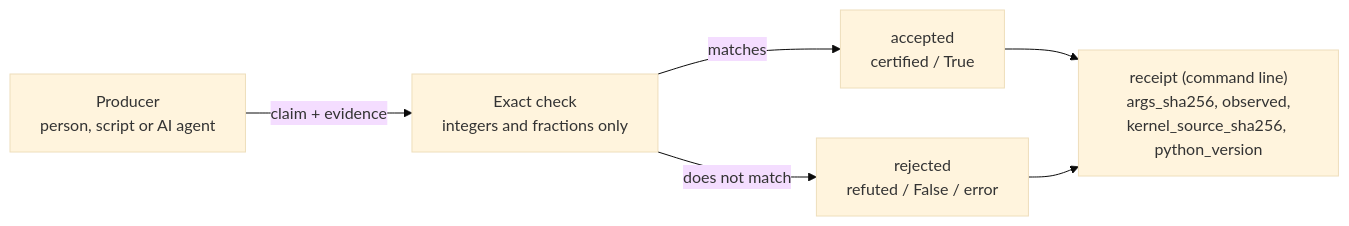
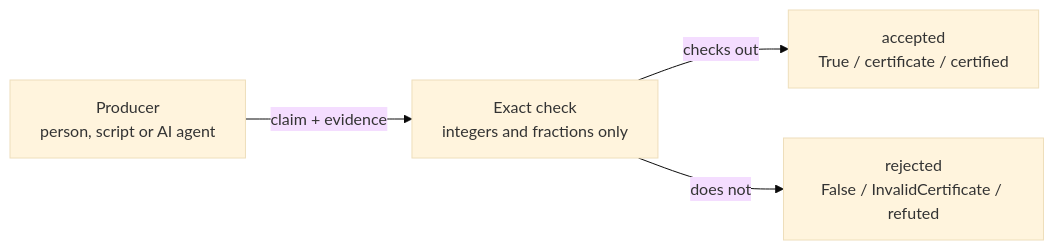
Before and after one commit to Akilleez-QA/foundation-math: the diagram in README.md, drawn with Mermaid (base theme). The commit also changed other lines of this file and 1 other file, not shown here.

````diff
--- a/README.md
+++ b/README.md
@@ -36,8 +38,6 @@
 ```mermaid
 flowchart LR
     P["Producer<br/>person, script or AI agent"] -->|"claim + evidence"| K["Exact check<br/>integers and fractions only"]
-    K -->|"matches"| A["accepted<br/>certified / True"]
-    K -->|"does not match"| R["rejected<br/>refuted / False / error"]
-    A --> O["receipt (command line)<br/>args_sha256, observed,<br/>kernel_source_sha256, python_version"]
-    R --> O
+    K -->|"checks out"| A["accepted<br/>True / certificate / certified"]
+    K -->|"does not"| R["rejected<br/>False / InvalidCertificate / refuted"]
 ```
````
